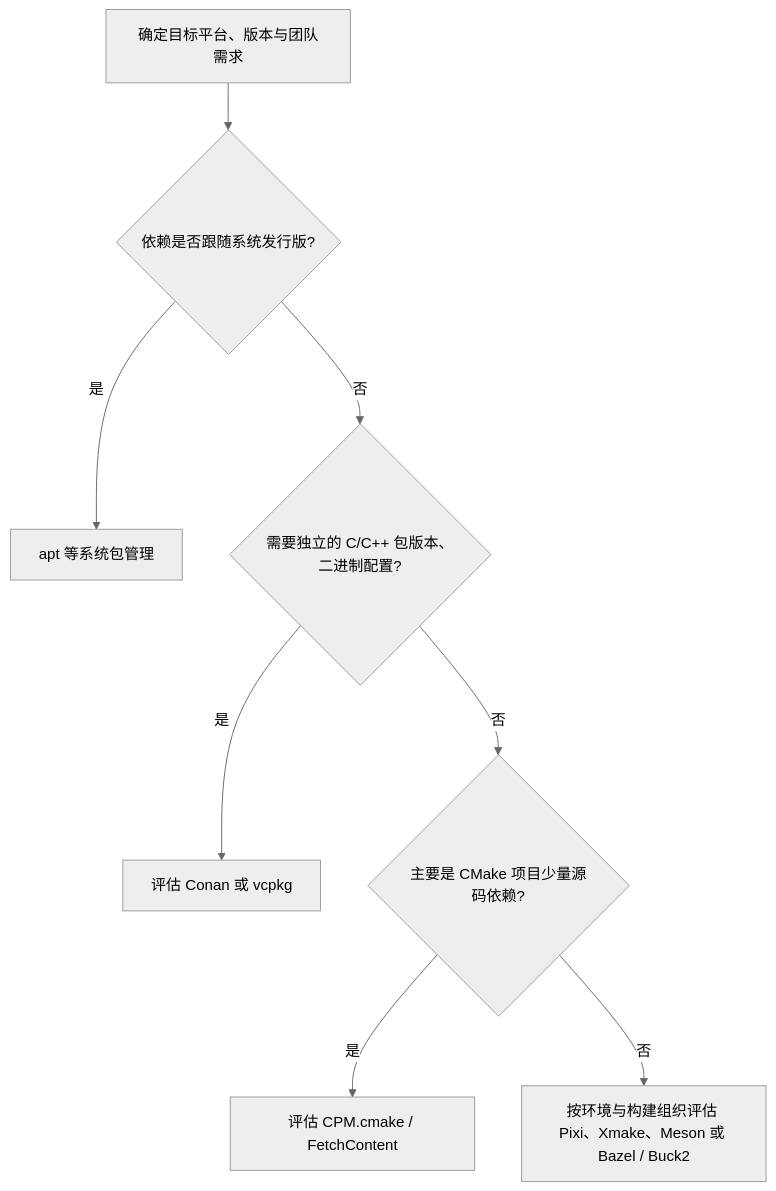
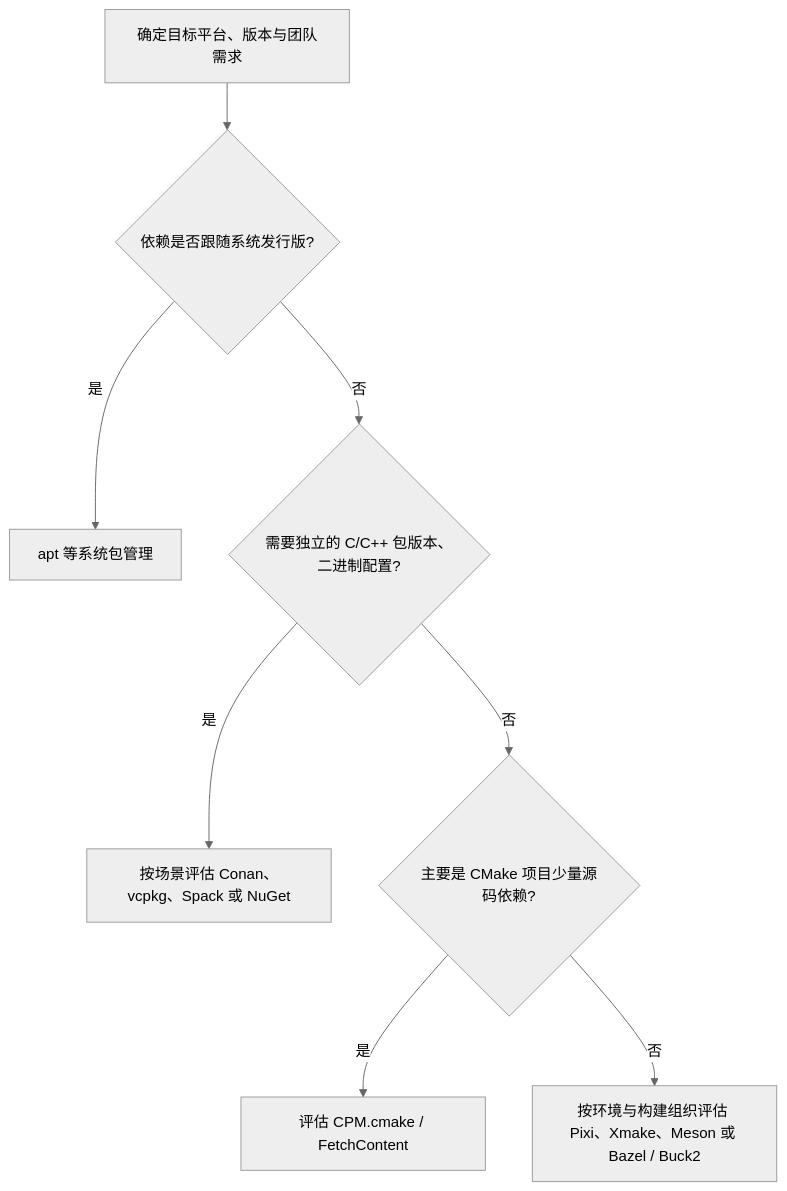
Before and after one commit to zmaibbs7/cpp_notes: the fifth of 5 diagrams in linux-and-toolchain/1. C++ 编译、构建与工具链/构建系统与包管理.md, drawn with Mermaid (neutral theme). The commit also changed other lines of this file and 2 other files, not shown here.

First line of the commit message:
docs: 完善构建与包管理知识（新增 Meson、Spack、NuGet 详解）并初始化 just 目录

````diff
--- a/linux-and-toolchain/1. C++ 编译、构建与工具链/构建系统与包管理.md
+++ b/linux-and-toolchain/1. C++ 编译、构建与工具链/构建系统与包管理.md
@@ -249,10 +333,10 @@
 ```mermaid
 flowchart TD
     A[确定目标平台、版本与团队需求] --> B{依赖是否跟随系统发行版?}
     B -->|是| C[apt 等系统包管理]
     B -->|否| D{需要独立的 C/C++ 包版本、二进制配置?}
-    D -->|是| E[评估 Conan 或 vcpkg]
+    D -->|是| E[按场景评估 Conan、vcpkg、Spack 或 NuGet]
     D -->|否| F{主要是 CMake 项目少量源码依赖?}
     F -->|是| G[评估 CPM.cmake / FetchContent]
     F -->|否| H[按环境与构建组织评估 Pixi、Xmake、Meson 或 Bazel / Buck2]
 ```
````
